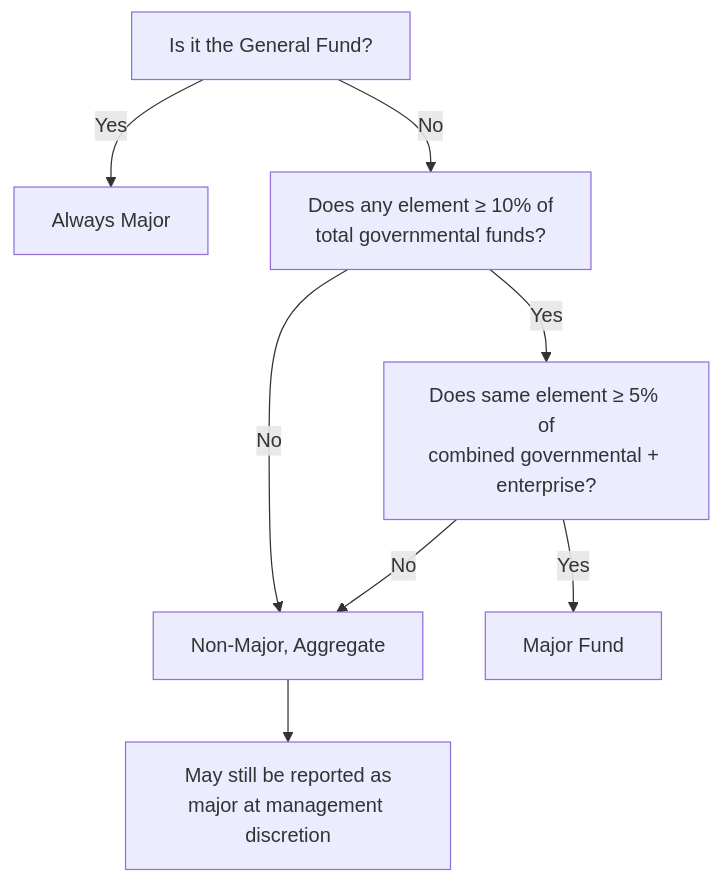
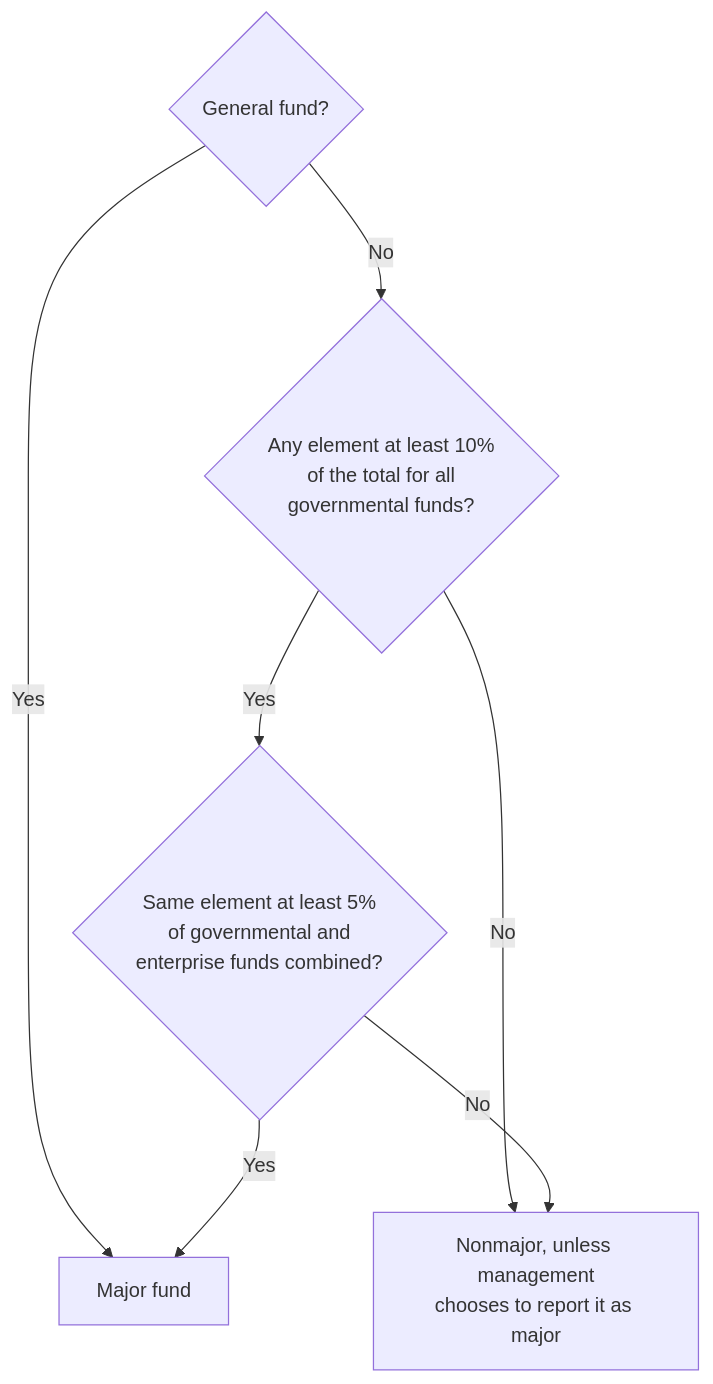
One commit to subwaymatch/cpabear-book changed the diagram in docs/bar/governmental-financial-statements/governmental-funds-financial-statements.md. Above: the diagram before and after it, drawn with Mermaid. The commit also changed other lines of this file and 204 other files, not shown here.

First line of the commit message:
Update the book for the 2027 CPA Exam Blueprints, fix dark-mode diagrams, add diagram zoom (#49)

````diff
--- a/docs/bar/governmental-financial-statements/governmental-funds-financial-statements.md
+++ b/docs/bar/governmental-financial-statements/governmental-funds-financial-statements.md
@@ -292,10 +230,9 @@
 ```mermaid
 flowchart TD
-    A[Is it the General Fund?] -->|Yes| B[Always Major]
-    A -->|No| C[Does any element ≥ 10% of<br>total governmental funds?]
-    C -->|No| F[Non-Major, Aggregate]
-    C -->|Yes| D[Does same element ≥ 5% of<br>combined governmental + enterprise?]
-    D -->|Yes| E[Major Fund]
+    A{"General fund?"} -->|Yes| B["Major fund"]
+    A -->|No| C{"Any element at least 10%<br/>of the total for all<br/>governmental funds?"}
+    C -->|No| F["Nonmajor, unless management<br/>chooses to report it as major"]
+    C -->|Yes| D{"Same element at least 5%<br/>of governmental and<br/>enterprise funds combined?"}
+    D -->|Yes| B
     D -->|No| F
-    F --> G[May still be reported as<br>major at management discretion]
 ```
````
